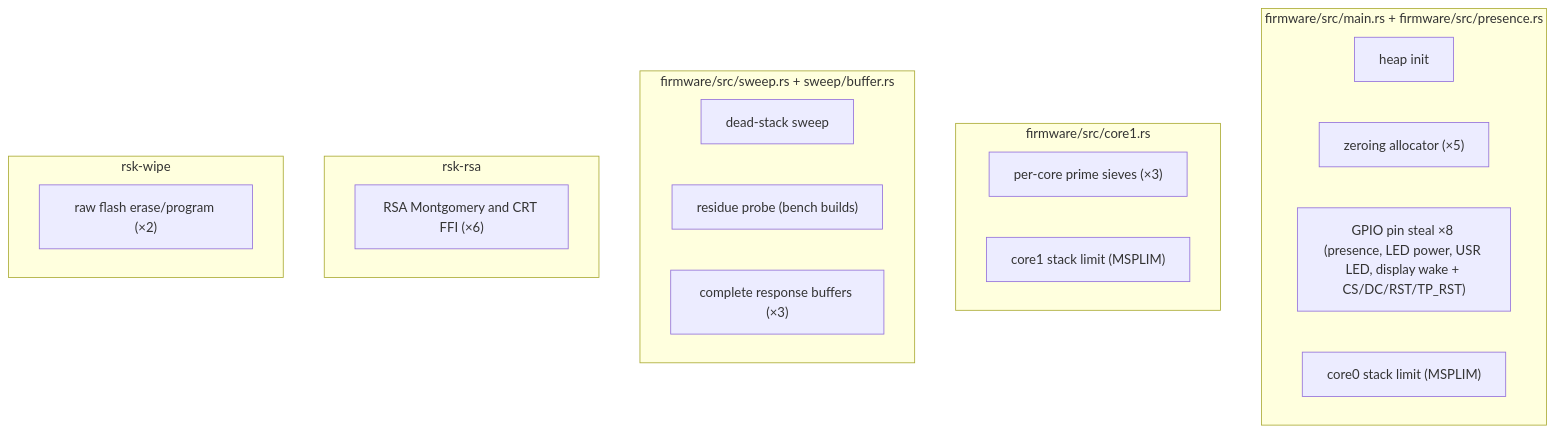
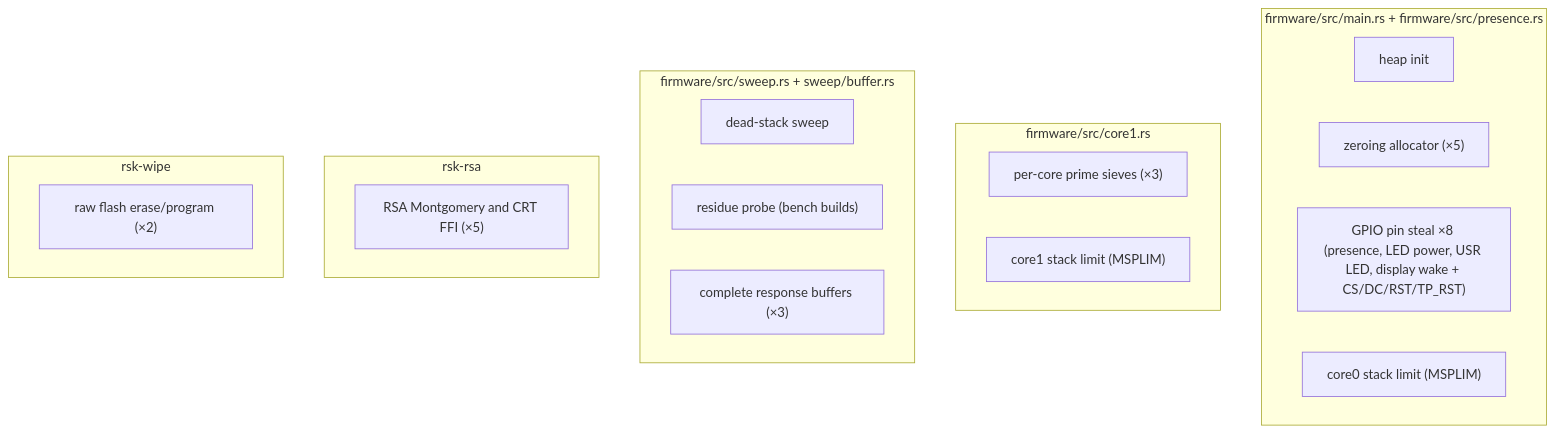
The diagram in docs/unsafe.md (TheMaxMur/RS-Key), drawn with Mermaid before and after one commit. The commit also changed other lines of this file and 16 other files, not shown here.

Commit message:
refactor(rsa): move Montgomery setup and modular subtraction to Rust

````diff
--- a/docs/unsafe.md
+++ b/docs/unsafe.md
@@ -20,24 +20,24 @@
 ```mermaid
 flowchart TB
     subgraph fw["firmware/src/main.rs + firmware/src/presence.rs"]
       c["heap init"]
       c2["zeroing allocator (×5)"]
       d["GPIO pin steal ×8 (presence, LED power, USR LED, display wake + CS/DC/RST/TP_RST)"]
       d2["core0 stack limit (MSPLIM)"]
     end
     subgraph kg["firmware/src/core1.rs"]
       e["per-core prime sieves (×3)"]
       e2["core1 stack limit (MSPLIM)"]
     end
     subgraph sw["firmware/src/sweep.rs + sweep/buffer.rs"]
       s1["dead-stack sweep"]
       s2["residue probe (bench builds)"]
       s3["complete response buffers (×3)"]
     end
     subgraph asm["rsk-rsa"]
-      f["RSA Montgomery and CRT FFI (×6)"]
+      f["RSA Montgomery and CRT FFI (×5)"]
     end
     subgraph wipe["rsk-wipe"]
       g["raw flash erase/program (×2)"]
     end
 ```
````
